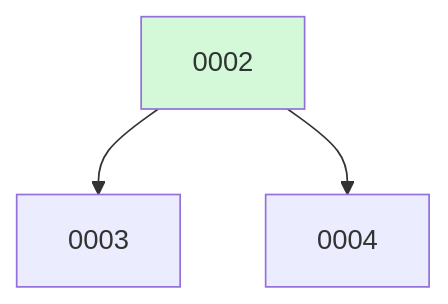
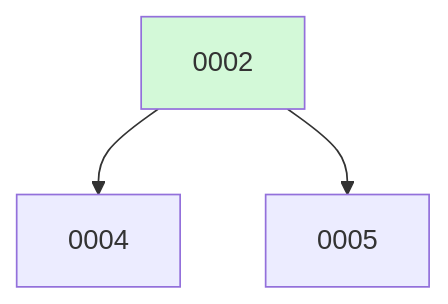
One commit to ethanhinson/fuse changed the diagram in docs/changes/BOARD.md. Above: the diagram before and after it, drawn with Mermaid. The commit also changed other lines of this file, not shown here.

````diff
--- a/docs/changes/BOARD.md
+++ b/docs/changes/BOARD.md
@@ -12,7 +12,7 @@
 ```mermaid
 graph TD
-  0002 --> 0003
   0002 --> 0004
+  0002 --> 0005
   0002:::done
   classDef done fill:#d3f9d8;
 ```
````
